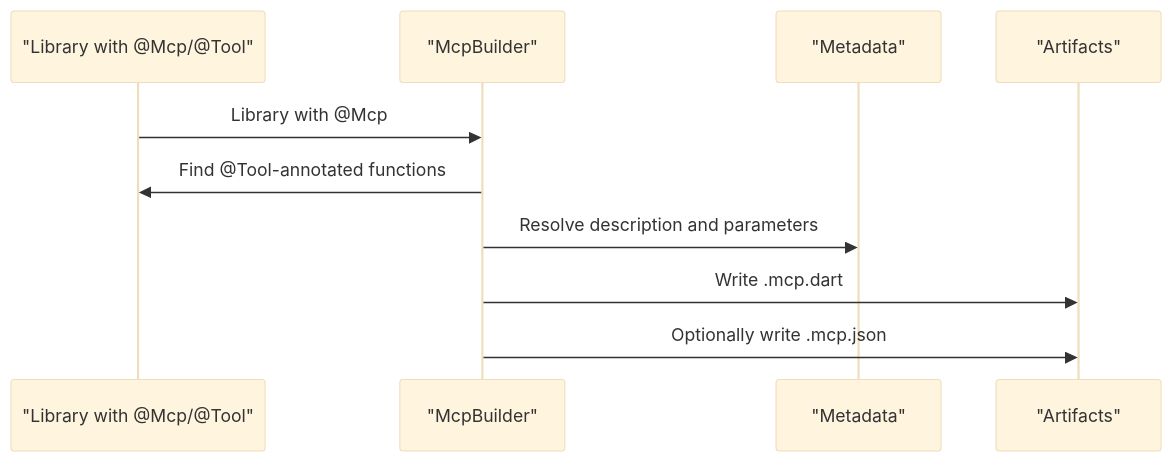
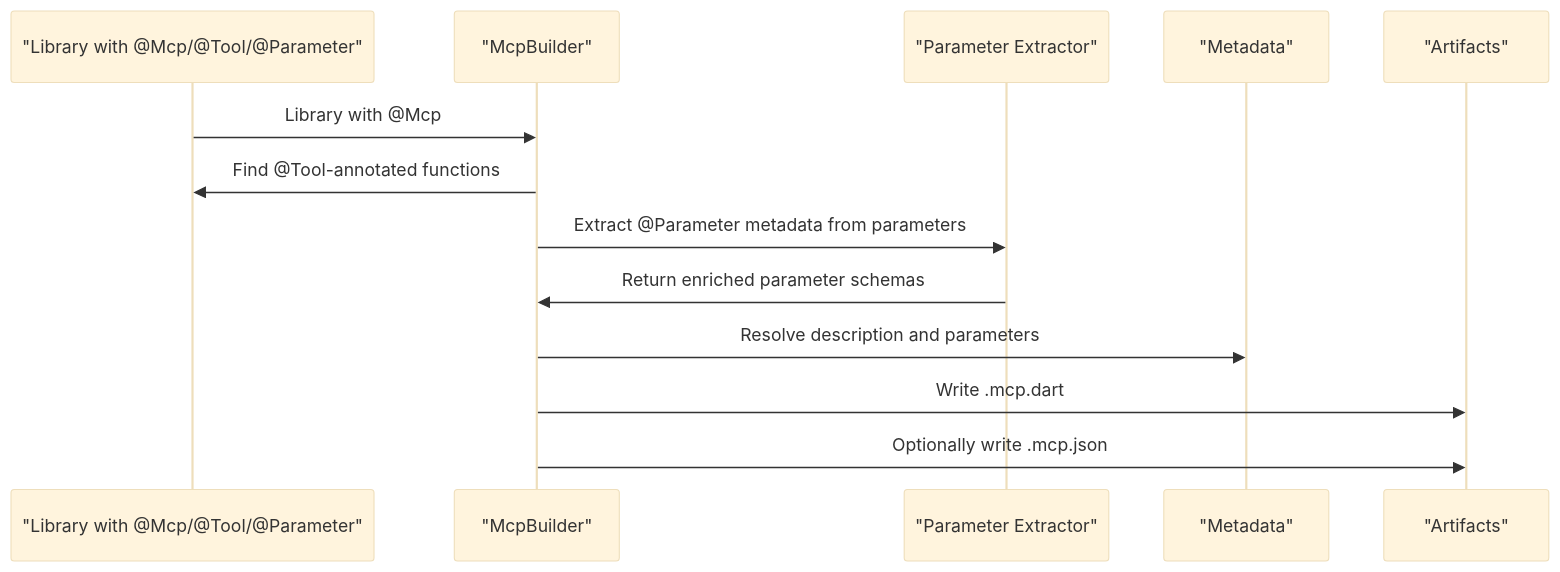
One commit to cdavis-code/easy_mcp_workspace changed the fifth of 7 diagrams in .qoder/repowiki/en/content/Annotations Reference/@Tool Annotation.md. Above: the diagram before and after it, drawn with Mermaid (base theme). The commit also changed other lines of this file and 13 other files, not shown here.

````diff
--- a/.qoder/repowiki/en/content/Annotations Reference/@Tool Annotation.md
+++ b/.qoder/repowiki/en/content/Annotations Reference/@Tool Annotation.md
@@ -220,12 +258,15 @@
 ```mermaid
 sequenceDiagram
-participant Lib as "Library with @Mcp/@Tool"
+participant Lib as "Library with @Mcp/@Tool/@Parameter"
 participant Gen as "McpBuilder"
+participant Param as "Parameter Extractor"
 participant Meta as "Metadata"
 participant Art as "Artifacts"
 Lib->>Gen : Library with @Mcp
 Gen->>Lib : Find @Tool-annotated functions
+Gen->>Param : Extract @Parameter metadata from parameters
+Param->>Gen : Return enriched parameter schemas
 Gen->>Meta : Resolve description and parameters
 Gen->>Art : Write .mcp.dart
 Gen->>Art : Optionally write .mcp.json
 ```
````
